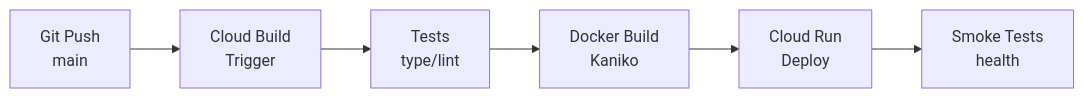
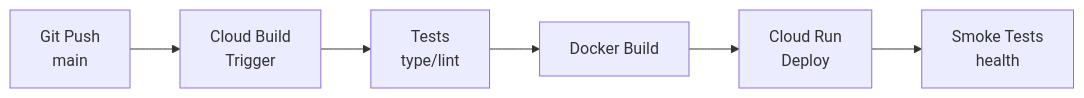
Before and after one commit to 0xMoRyuk/UI_platform: the diagram in UI_platform_executive_overview.md, drawn with Mermaid. The commit also changed other lines of this file and 10 other files, not shown here.

````diff
--- a/UI_platform_executive_overview.md
+++ b/UI_platform_executive_overview.md
@@ -71,8 +71,8 @@
 ```mermaid
 flowchart LR
     A[Git Push<br/>main] --> B[Cloud Build<br/>Trigger]
     B --> C[Tests<br/>type/lint]
-    C --> D[Docker Build<br/>Kaniko]
+    C --> D[Docker Build]
     D --> E[Cloud Run<br/>Deploy]
     E --> F[Smoke Tests<br/>health]
 ```
````
